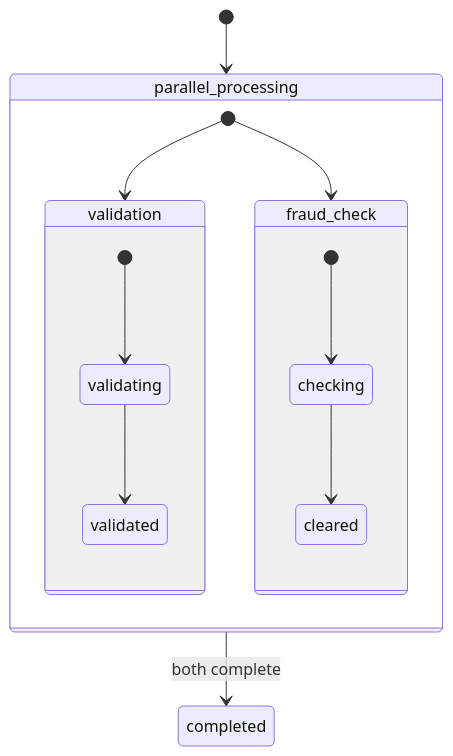
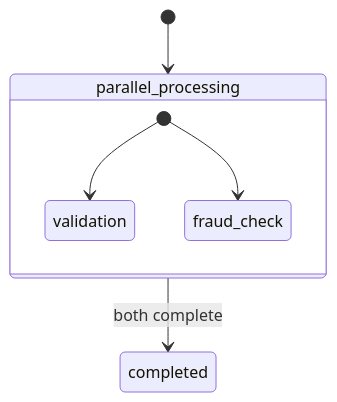
The seventh of 10 diagrams in docs/explanation/software-engineering/programming-languages/typescript/finite-state-machine.md (wahidyankf/ose-primer), drawn with Mermaid before and after one commit. The commit also changed other lines of this file and 4 other files, not shown here.

First line of the commit message:
fix(docs): remediate mermaid violations surfaced by the detect_kind fix

````diff
--- a/docs/explanation/software-engineering/programming-languages/typescript/finite-state-machine.md
+++ b/docs/explanation/software-engineering/programming-languages/typescript/finite-state-machine.md
@@ -544,22 +544,12 @@
 ```mermaid
 %% Color Palette: Blue #0173B2, Orange #DE8F05, Teal #029E73, Purple #CC78BC
 stateDiagram-v2
     [*] --> parallel_processing
 
     state parallel_processing {
         [*] --> validation
         [*] --> fraud_check
-
-        state validation {
-            [*] --> validating
-            validating --> validated
-        }
-
-        state fraud_check {
-            [*] --> checking
-            checking --> cleared
-        }
     }
 
     parallel_processing --> completed: both complete
 ```
````
